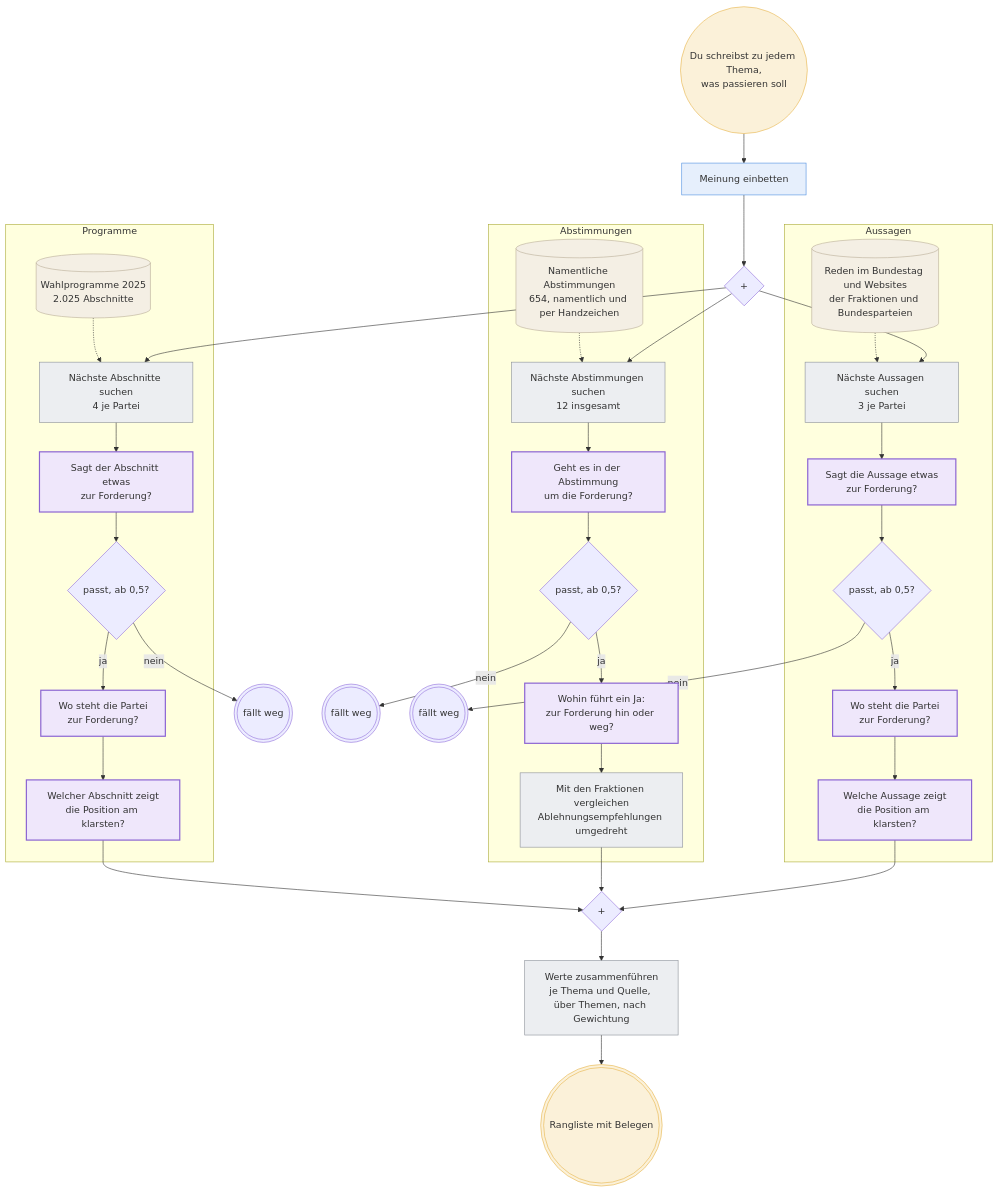
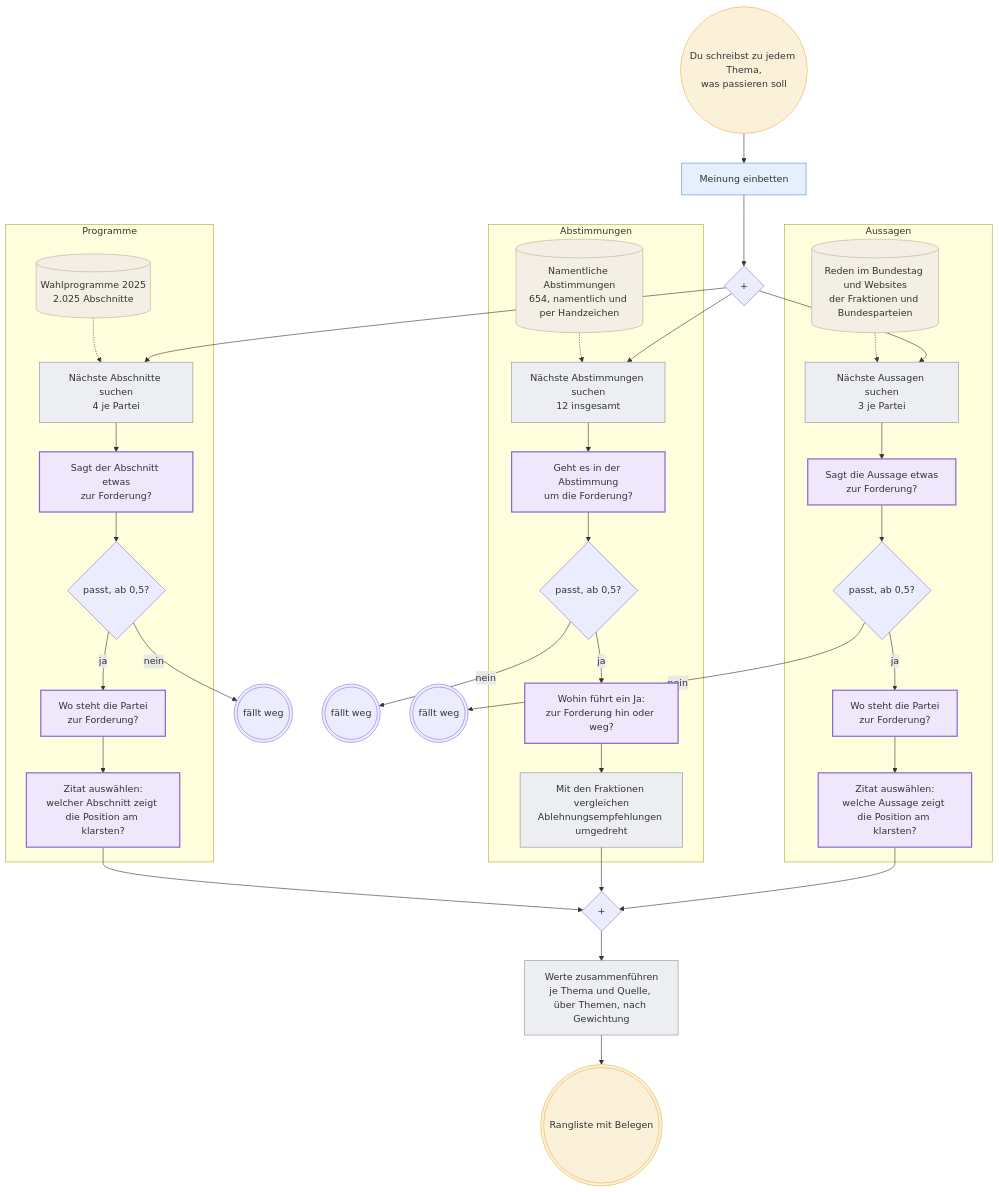
The diagram in docs/workflow.mmd (NicolasMahn/VotingAid), drawn with Mermaid before and after one commit. The commit also changed 1 other file, not shown here.

Commit message:
Call step 3 "Zitat auswählen"

```diff
--- a/docs/workflow.mmd
+++ b/docs/workflow.mmd
@@ -1,54 +1,54 @@
 %% Voting Aid: from an opinion to the ranking. The same flow as workflow.html,
 %% as text: open it in mermaid.live, or import it into Excalidraw, draw.io or Miro.
 %% Circles are events, boxes tasks, diamonds decisions, cylinders data.
 flowchart TB
   start((Du schreibst zu jedem Thema,<br/>was passieren soll)):::person
   query[Meinung einbetten]:::voyage
   split{+}
   start --> query --> split
 
   subgraph Programme
     pdb[(Wahlprogramme 2025<br/>2.025 Abschnitte)]:::data
     psearch[Nächste Abschnitte suchen<br/>4 je Partei]:::code
     prel[Sagt der Abschnitt etwas<br/>zur Forderung?]:::jev
     pgate{passt, ab 0,5?}
     pmatch[Wo steht die Partei<br/>zur Forderung?]:::jev
-    psource[Welcher Abschnitt zeigt<br/>die Position am klarsten?]:::jev
+    psource[Zitat auswählen:<br/>welcher Abschnitt zeigt die Position am klarsten?]:::jev
     pdb -.-> psearch --> prel --> pgate -->|ja| pmatch --> psource
   end
 
   subgraph Abstimmungen
     vdb[(Namentliche Abstimmungen<br/>654, namentlich und per Handzeichen)]:::data
     vsearch[Nächste Abstimmungen suchen<br/>12 insgesamt]:::code
     vrel[Geht es in der Abstimmung<br/>um die Forderung?]:::jev
     vgate{passt, ab 0,5?}
     vdir[Wohin führt ein Ja:<br/>zur Forderung hin oder weg?]:::jev
     vcompare[Mit den Fraktionen vergleichen<br/>Ablehnungsempfehlungen umgedreht]:::code
     vdb -.-> vsearch --> vrel --> vgate -->|ja| vdir --> vcompare
   end
 
   subgraph Aussagen
     sdb[(Reden im Bundestag und Websites<br/>der Fraktionen und Bundesparteien)]:::data
     ssearch[Nächste Aussagen suchen<br/>3 je Partei]:::code
     srel[Sagt die Aussage etwas<br/>zur Forderung?]:::jev
     sgate{passt, ab 0,5?}
     smatch[Wo steht die Partei<br/>zur Forderung?]:::jev
-    ssource[Welche Aussage zeigt<br/>die Position am klarsten?]:::jev
+    ssource[Zitat auswählen:<br/>welche Aussage zeigt die Position am klarsten?]:::jev
     sdb -.-> ssearch --> srel --> sgate -->|ja| smatch --> ssource
   end
 
   split --> psearch & vsearch & ssearch
   join{+}
   psource & vcompare & ssource --> join
   pgate -->|nein| pdrop(((fällt weg)))
   vgate -->|nein| vdrop(((fällt weg)))
   sgate -->|nein| sdrop(((fällt weg)))
   combine[Werte zusammenführen<br/>je Thema und Quelle, über Themen, nach Gewichtung]:::code
   done(((Rangliste mit Belegen))):::person
   join --> combine --> done
 
   classDef person fill:#fbf1d9,stroke:#e8b54a
   classDef voyage fill:#e6effc,stroke:#4f8fe0
   classDef jev fill:#efe7fb,stroke:#8a63d2,stroke-width:2px
   classDef code fill:#eceef1,stroke:#8a8f98
   classDef data fill:#f4efe4,stroke:#b9ae97
```
